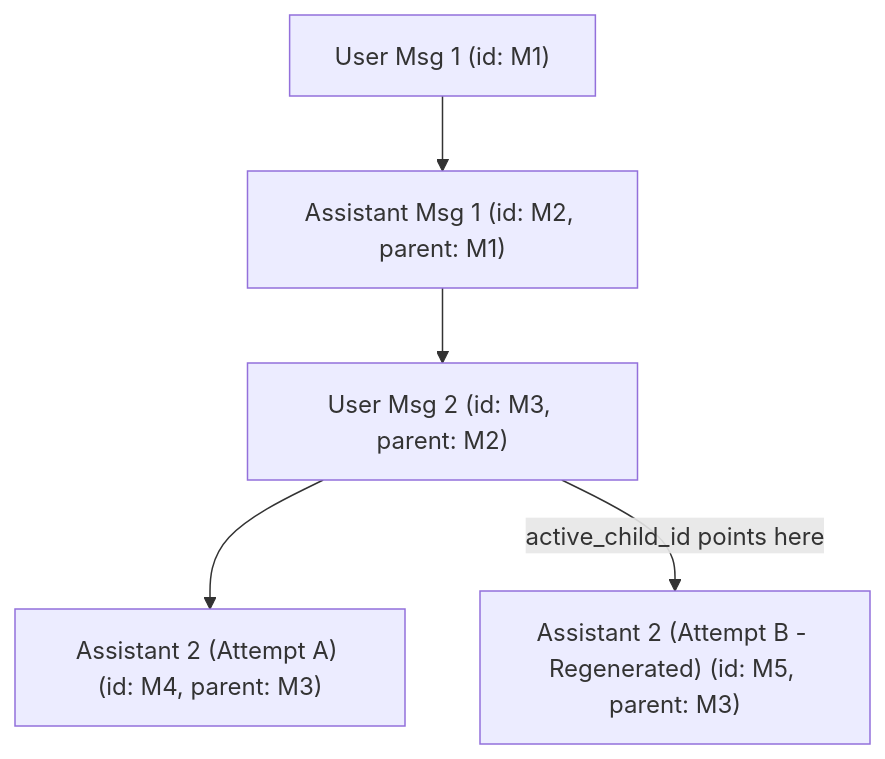
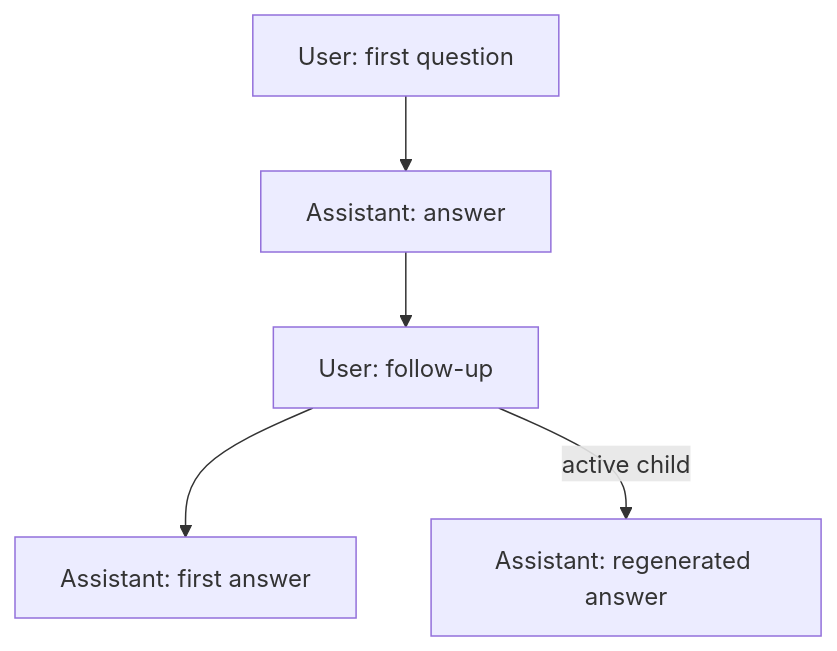
The second of 2 diagrams in docs/architecture/data-and-storage.md (dbracewell/Asterism), drawn with Mermaid before and after one commit. The commit also changed other lines of this file and 9 other files, not shown here.

````diff
--- a/docs/architecture/data-and-storage.md
+++ b/docs/architecture/data-and-storage.md
@@ -190,15 +164,7 @@
 ```mermaid
 graph TD
-    User1["User Msg 1 (id: M1)"]
-    Assistant1["Assistant Msg 1 (id: M2, parent: M1)"]
-
-    User2["User Msg 2 (id: M3, parent: M2)"]
-
-    Assistant2A["Assistant 2 (Attempt A) (id: M4, parent: M3)"]
-    Assistant2B["Assistant 2 (Attempt B - Regenerated) (id: M5, parent: M3)"]
-
-    User1 --> Assistant1
-    Assistant1 --> User2
-    User2 --> Assistant2A
-    User2 -->|active_child_id points here| Assistant2B
+    U1["User: first question"] --> A1["Assistant: answer"]
+    A1 --> U2["User: follow-up"]
+    U2 --> A2a["Assistant: first answer"]
+    U2 -->|active child| A2b["Assistant: regenerated answer"]
 ```
````
